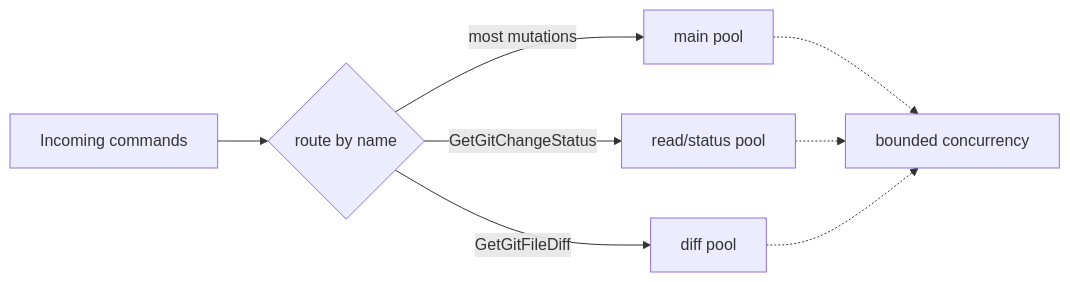
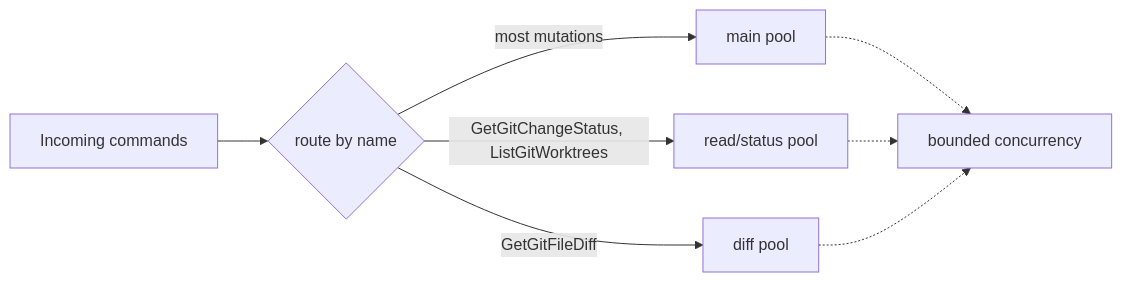
The second of 6 diagrams in docs/architecture/04-runtime-communication-and-concurrency.md (Jandini/GrayMoon), drawn with Mermaid before and after one commit. The commit also changed other lines of this file and 18 other files, not shown here.

````diff
--- a/docs/architecture/04-runtime-communication-and-concurrency.md
+++ b/docs/architecture/04-runtime-communication-and-concurrency.md
@@ -40,10 +40,10 @@
 ```mermaid
 flowchart LR
   In["Incoming commands"] --> Route{"route by name"}
   Route -->|"most mutations"| Main["main pool"]
-  Route -->|"GetGitChangeStatus"| Read["read/status pool"]
+  Route -->|"GetGitChangeStatus, ListGitWorktrees"| Read["read/status pool"]
   Route -->|"GetGitFileDiff"| Diff["diff pool"]
   Main -.-> Cap["bounded concurrency"]
   Read -.-> Cap
   Diff -.-> Cap
 ```
````
